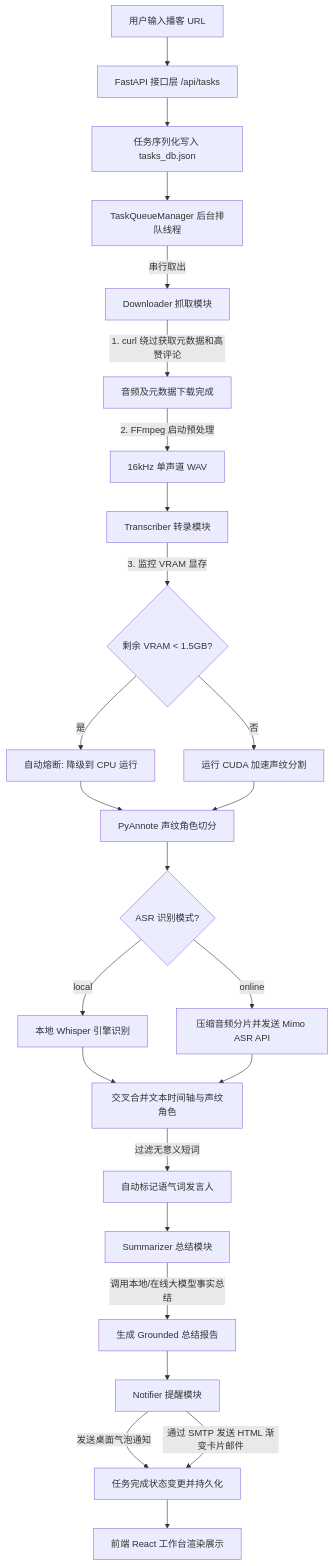
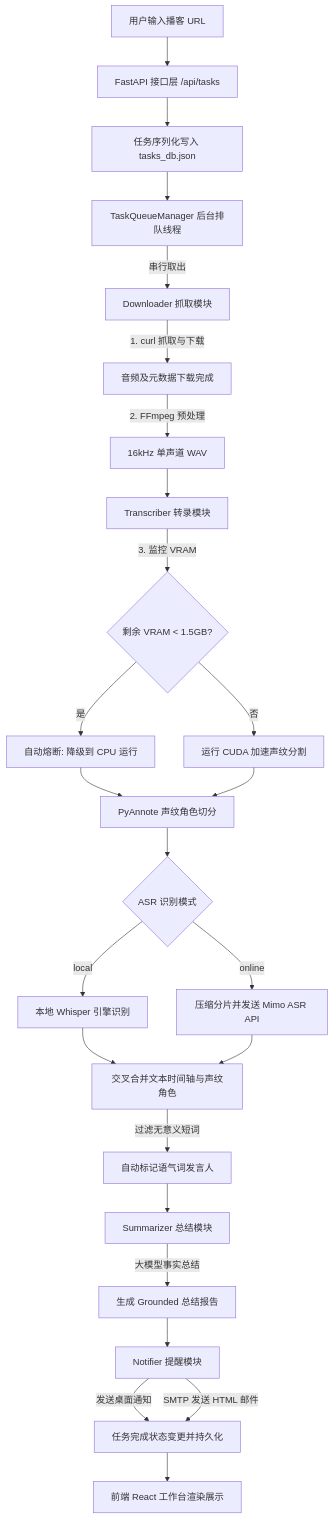
One commit to quentin2001/whisperMe changed the diagram in README.md. Above: the diagram before and after it, drawn with Mermaid.

Commit message:
docs: fix Mermaid syntax for GitHub rendering

````diff
--- a/README.md
+++ b/README.md
@@ -115,27 +115,27 @@
 ```mermaid
 graph TD
-    A[用户输入播客 URL] --> B[FastAPI 接口层 /api/tasks]
-    B --> C[任务序列化写入 tasks_db.json]
-    C --> D[TaskQueueManager 后台排队线程]
-    D -->|串行取出| E[Downloader 抓取模块]
-    E -->|1. curl 绕过获取元数据和高赞评论| F[音频及元数据下载完成]
-    F -->|2. FFmpeg 启动预处理| G[16kHz 单声道 WAV]
-    G --> H[Transcriber 转录模块]
-    H -->|3. 监控 VRAM 显存| I{剩余 VRAM < 1.5GB?}
-    I -->|是| J[自动熔断: 降级到 CPU 运行]
-    I -->|否| K[运行 CUDA 加速声纹分割]
-    J --> L[PyAnnote 声纹角色切分]
+    A["用户输入播客 URL"] --> B["FastAPI 接口层 /api/tasks"]
+    B --> C["任务序列化写入 tasks_db.json"]
+    C --> D["TaskQueueManager 后台排队线程"]
+    D -->|"串行取出"| E["Downloader 抓取模块"]
+    E -->|"1. curl 抓取与下载"| F["音频及元数据下载完成"]
+    F -->|"2. FFmpeg 预处理"| G["16kHz 单声道 WAV"]
+    G --> H["Transcriber 转录模块"]
+    H -->|"3. 监控 VRAM"| I{"剩余 VRAM < 1.5GB?"}
+    I -->|"是"| J["自动熔断: 降级到 CPU 运行"]
+    I -->|"否"| K["运行 CUDA 加速声纹分割"]
+    J --> L["PyAnnote 声纹角色切分"]
     K --> L
-    L --> M{ASR 识别模式?}
-    M -->|local| N[本地 Whisper 引擎识别]
-    M -->|online| O[压缩音频分片并发送 Mimo ASR API]
-    N --> P[交叉合并文本时间轴与声纹角色]
+    L --> M{"ASR 识别模式"}
+    M -->|"local"| N["本地 Whisper 引擎识别"]
+    M -->|"online"| O["压缩分片并发送 Mimo ASR API"]
+    N --> P["交叉合并文本时间轴与声纹角色"]
     O --> P
-    P -->|过滤无意义短词| Q[自动标记语气词发言人]
-    Q --> R[Summarizer 总结模块]
-    R -->|调用本地/在线大模型事实总结| S[生成 Grounded 总结报告]
-    S --> T[Notifier 提醒模块]
-    T -->|发送桌面气泡通知| U[任务完成状态变更并持久化]
-    T -->|通过 SMTP 发送 HTML 渐变卡片邮件| U
-    U --> V[前端 React 工作台渲染展示]
+    P -->|"过滤无意义短词"| Q["自动标记语气词发言人"]
+    Q --> R["Summarizer 总结模块"]
+    R -->|"大模型事实总结"| S["生成 Grounded 总结报告"]
+    S --> T["Notifier 提醒模块"]
+    T -->|"发送桌面通知"| U["任务完成状态变更并持久化"]
+    T -->|"SMTP 发送 HTML 邮件"| U
+    U --> V["前端 React 工作台渲染展示"]
 ```
````
